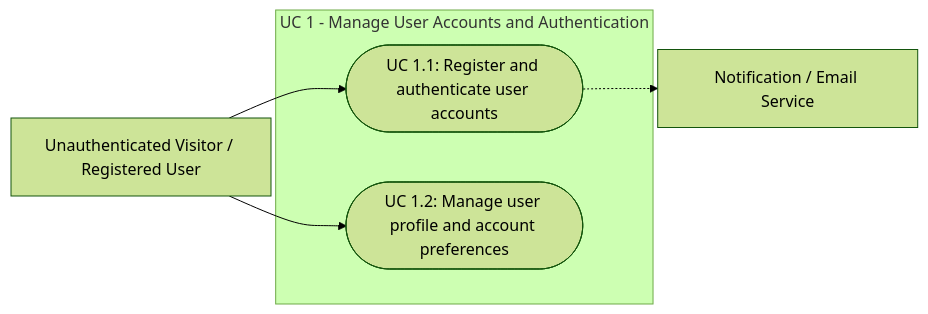
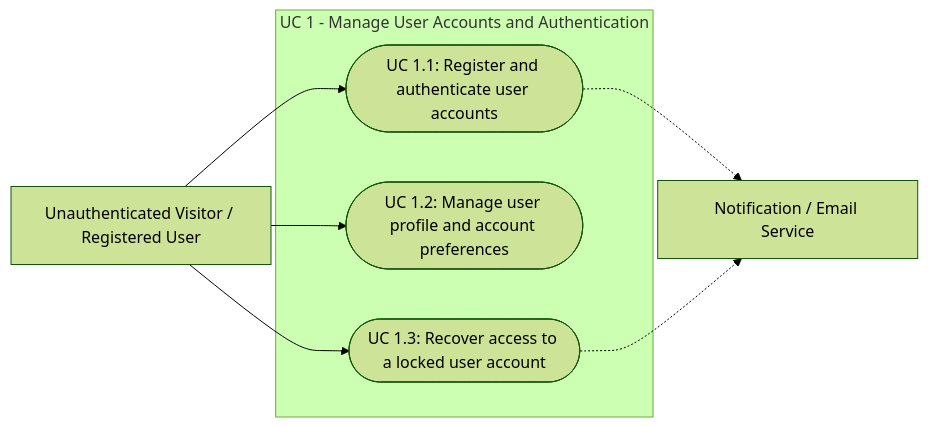
One commit to pauloribeiro16/aegis-mvp changed the second of 9 diagrams in cases/Case_01_TinyTask_SaaS/03_PHASE3_SPEC/v1_security_privacy_synthesis/Doc02_System_Use_Cases.md. Above: the diagram before and after it, drawn with Mermaid (forest theme). The commit also changed other lines of this file and 5 other files, not shown here.

````diff
--- a/cases/Case_01_TinyTask_SaaS/03_PHASE3_SPEC/v1_security_privacy_synthesis/Doc02_System_Use_Cases.md
+++ b/cases/Case_01_TinyTask_SaaS/03_PHASE3_SPEC/v1_security_privacy_synthesis/Doc02_System_Use_Cases.md
@@ -190,14 +192,17 @@
 ```mermaid
 flowchart LR
     Visitor["Unauthenticated Visitor / Registered User"]
     Email["Notification / Email Service"]
     
     subgraph UC1_Cluster ["UC 1 - Manage User Accounts and Authentication"]
         UC1_1(["UC 1.1: Register and authenticate user accounts"])
         UC1_2(["UC 1.2: Manage user profile and account preferences"])
+        UC1_3(["UC 1.3: Recover access to a locked user account"])
     end
 
     Visitor --> UC1_1
     Visitor --> UC1_2
+    Visitor --> UC1_3
     UC1_1 -.-> Email
+    UC1_3 -.-> Email
 ```
````
